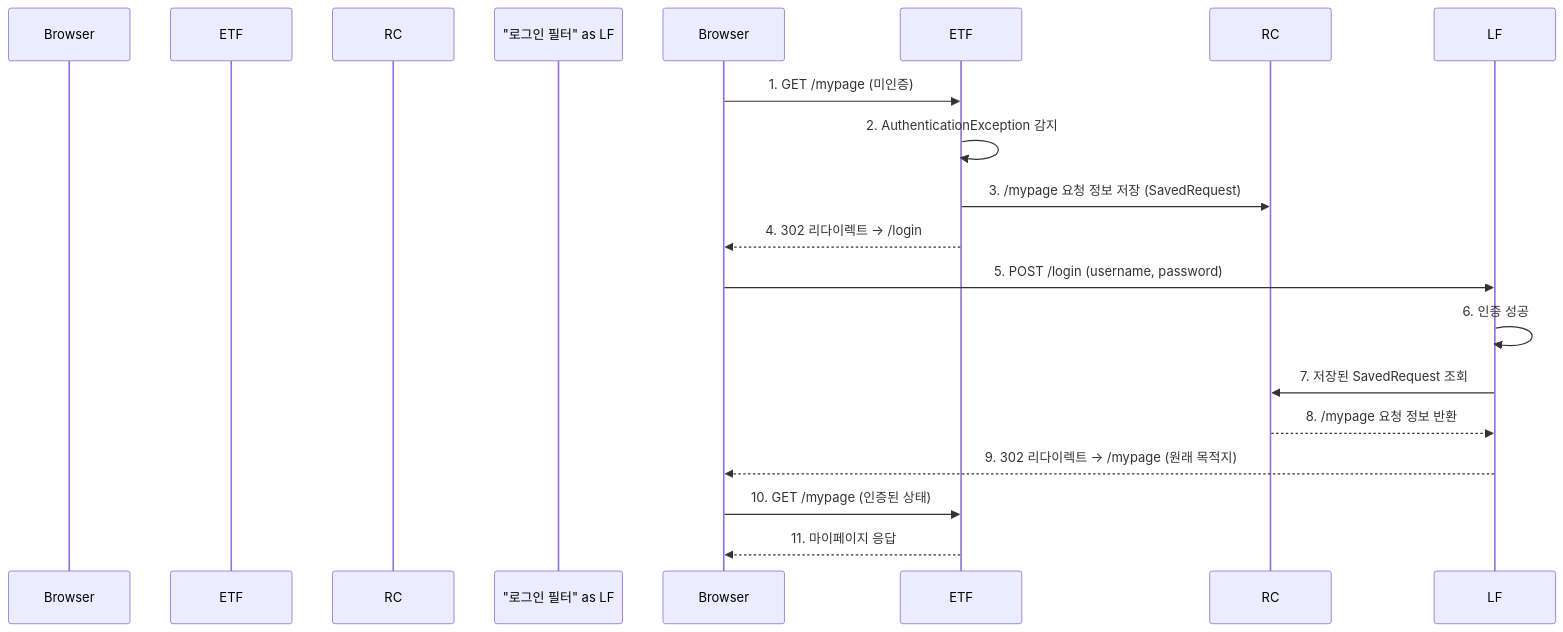
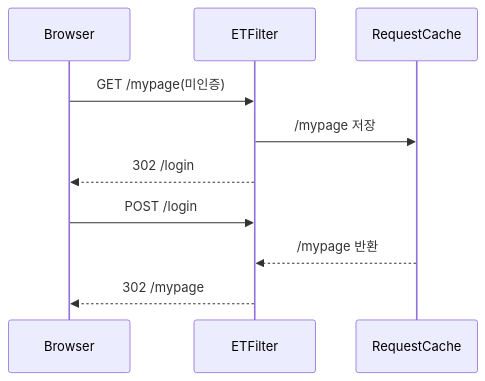
The second of 3 diagrams in _posts/security/2021-05-16-예외 처리 및 요청 캐시 필터.md (yjkim2015/yjkim2015.github.io), drawn with Mermaid before and after one commit. The commit also changed 215 other files, not shown here.

First line of the commit message:
신규 포스트 10개 추가 + Mermaid 전면 축소 + SystemDesign 시리즈 보강

````diff
--- a/_posts/security/2021-05-16-예외 처리 및 요청 캐시 필터.md
+++ b/_posts/security/2021-05-16-예외 처리 및 요청 캐시 필터.md
@@ -54,19 +54,12 @@
 ```mermaid
 sequenceDiagram
-    participant "브라우저" as Browser
-    participant "ExceptionTranslationFilter" as ETF
-    participant "RequestCache" as RC
-    participant "로그인 필터" as LF
-
-    Browser->>ETF: 1. GET /mypage (미인증)
-    ETF->>ETF: 2. AuthenticationException 감지
-    ETF->>RC: 3. /mypage 요청 정보 저장 (SavedRequest)
-    ETF-->>Browser: 4. 302 리다이렉트 → /login
-    Browser->>LF: 5. POST /login (username, password)
-    LF->>LF: 6. 인증 성공
-    LF->>RC: 7. 저장된 SavedRequest 조회
-    RC-->>LF: 8. /mypage 요청 정보 반환
-    LF-->>Browser: 9. 302 리다이렉트 → /mypage (원래 목적지)
-    Browser->>ETF: 10. GET /mypage (인증된 상태)
-    ETF-->>Browser: 11. 마이페이지 응답
+    participant B as Browser
+    participant ETF as ETFilter
+    participant RC as RequestCache
+    B->>ETF: GET /mypage(미인증)
+    ETF->>RC: /mypage 저장
+    ETF-->>B: 302 /login
+    B->>ETF: POST /login
+    RC-->>ETF: /mypage 반환
+    ETF-->>B: 302 /mypage
 ```
````
